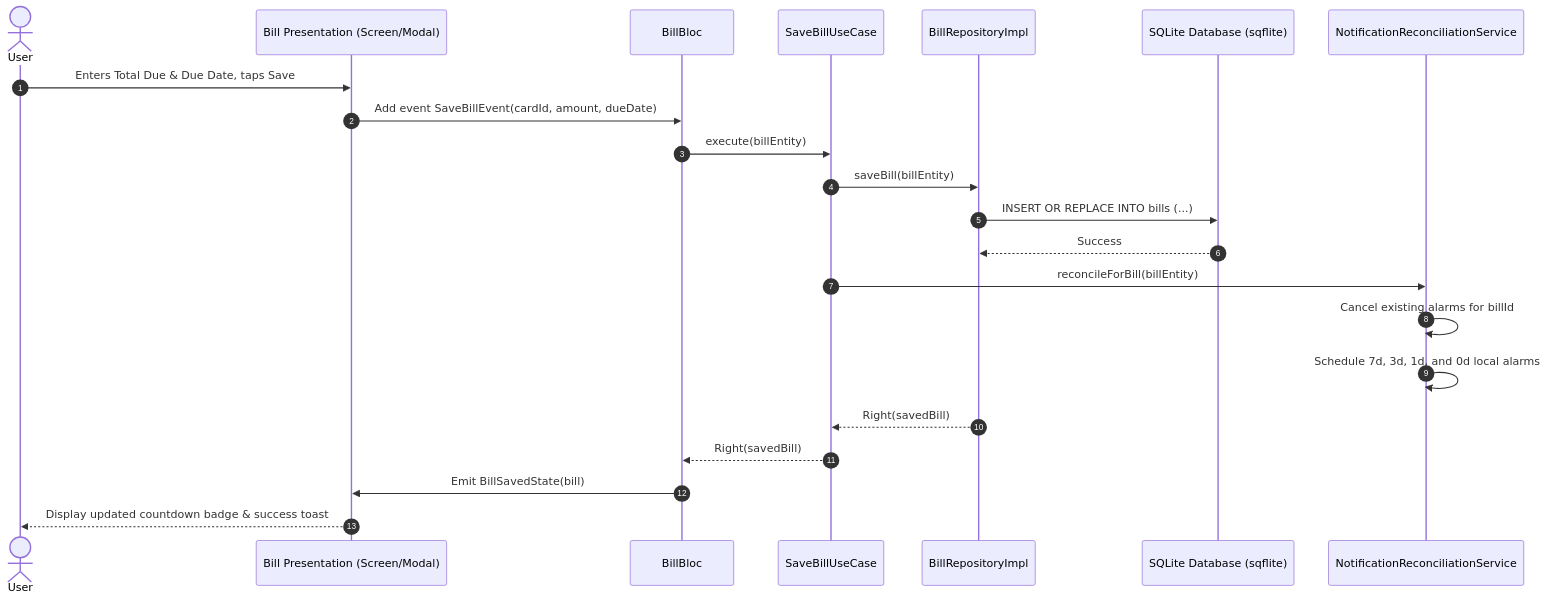
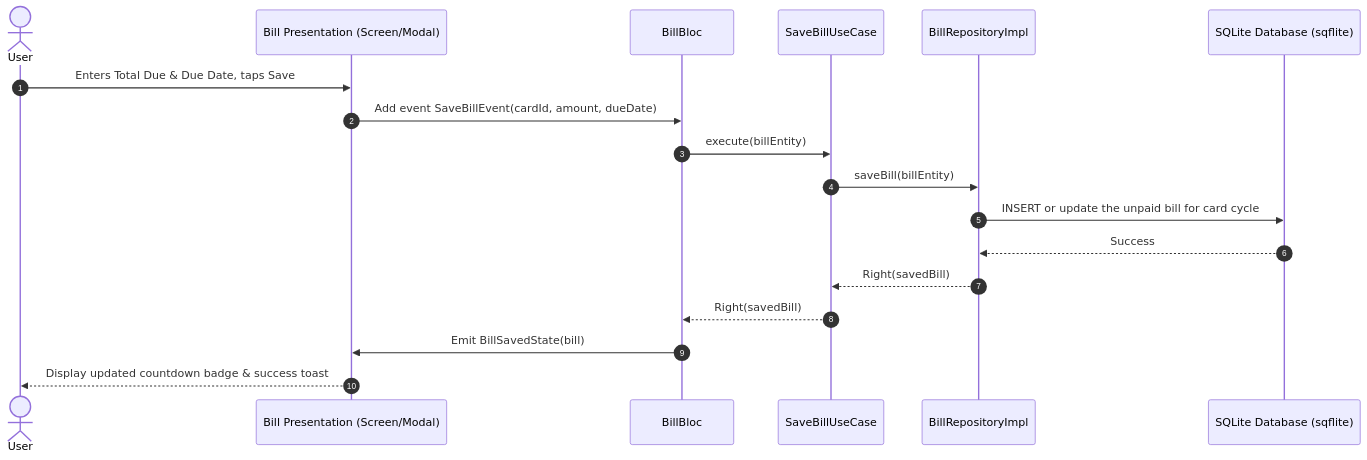
The second of 4 diagrams in _bmad-output/planning-artifacts/architecture/architecture-credit_bill_system-2026-10-13/ARCHITECTURE-WALKTHROUGH.md (mohammedsahras/credit_bill_system), drawn with Mermaid before and after one commit. The commit also changed other lines of this file and 32 other files, not shown here.

````diff
--- a/_bmad-output/planning-artifacts/architecture/architecture-credit_bill_system-2026-10-13/ARCHITECTURE-WALKTHROUGH.md
+++ b/_bmad-output/planning-artifacts/architecture/architecture-credit_bill_system-2026-10-13/ARCHITECTURE-WALKTHROUGH.md
@@ -73,25 +73,21 @@
 ```mermaid
 sequenceDiagram
     autonumber
     actor User
     participant BillUI as Bill Presentation (Screen/Modal)
     participant BillBloc as BillBloc
     participant SaveBillUC as SaveBillUseCase
     participant BillRepo as BillRepositoryImpl
     participant SQLite as SQLite Database (sqflite)
-    participant NotifService as NotificationReconciliationService
 
     User->>BillUI: Enters Total Due & Due Date, taps Save
     BillUI->>BillBloc: Add event SaveBillEvent(cardId, amount, dueDate)
     BillBloc->>SaveBillUC: execute(billEntity)
     SaveBillUC->>BillRepo: saveBill(billEntity)
-    BillRepo->>SQLite: INSERT OR REPLACE INTO bills (...)
+    BillRepo->>SQLite: INSERT or update the unpaid bill for card cycle
     SQLite-->>BillRepo: Success
-    SaveBillUC->>NotifService: reconcileForBill(billEntity)
-    NotifService->>NotifService: Cancel existing alarms for billId
-    NotifService->>NotifService: Schedule 7d, 3d, 1d, and 0d local alarms
     BillRepo-->>SaveBillUC: Right(savedBill)
     SaveBillUC-->>BillBloc: Right(savedBill)
     BillBloc->>BillUI: Emit BillSavedState(bill)
     BillUI-->>User: Display updated countdown badge & success toast
 ```
````
